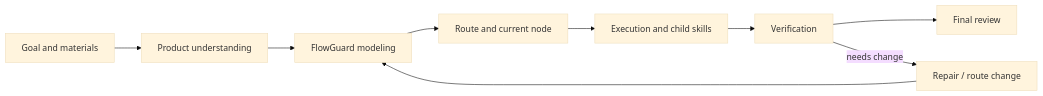
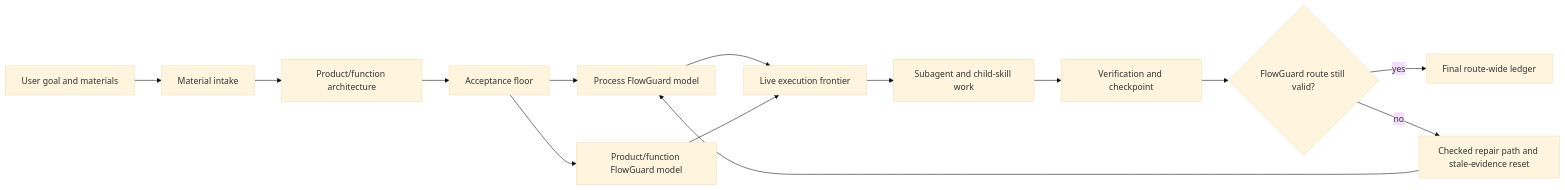
One commit to liuyingxuvka/FlowPilot changed the first of 2 diagrams in README.md. Above: the diagram before and after it, drawn with Mermaid (base theme). The commit also changed other lines of this file and 15 other files, not shown here.

Commit message:
Update FlowPilot README and route display guidance

````diff
--- a/README.md
+++ b/README.md
@@ -23,11 +164,16 @@
 ```mermaid
 flowchart LR
-  A["Goal and materials"] --> B["Product understanding"]
-  B --> C["FlowGuard modeling"]
-  C --> D["Route and current node"]
-  D --> E["Execution and child skills"]
-  E --> F["Verification"]
-  F --> G["Final review"]
-  F -- "needs change" --> H["Repair / route change"]
-  H --> C
+  A["User goal and materials"] --> B["Material intake"]
+  B --> C["Product/function architecture"]
+  C --> D["Acceptance floor"]
+  D --> E["Process FlowGuard model"]
+  D --> F["Product/function FlowGuard model"]
+  E --> G["Live execution frontier"]
+  F --> G
+  G --> H["Subagent and child-skill work"]
+  H --> I["Verification and checkpoint"]
+  I --> J{"FlowGuard route still valid?"}
+  J -- "yes" --> K["Final route-wide ledger"]
+  J -- "no" --> L["Checked repair path and stale-evidence reset"]
+  L --> E
 ```
````
